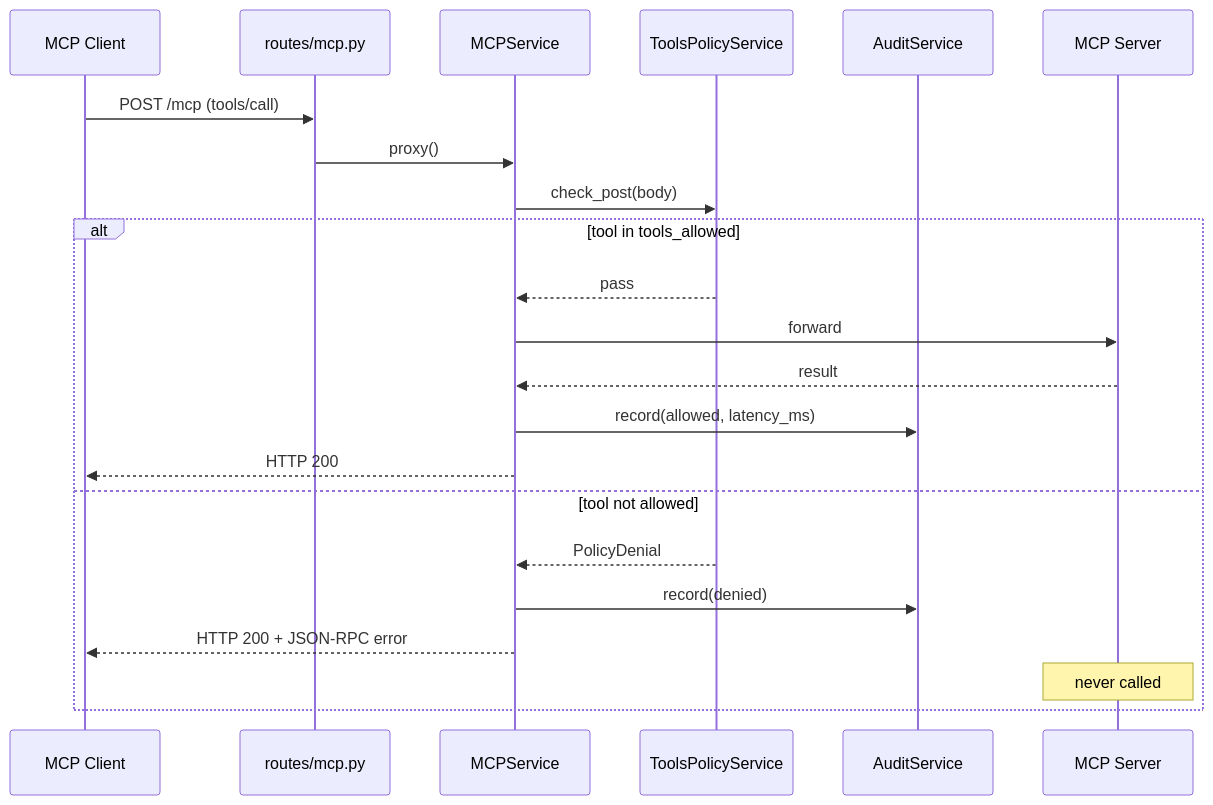
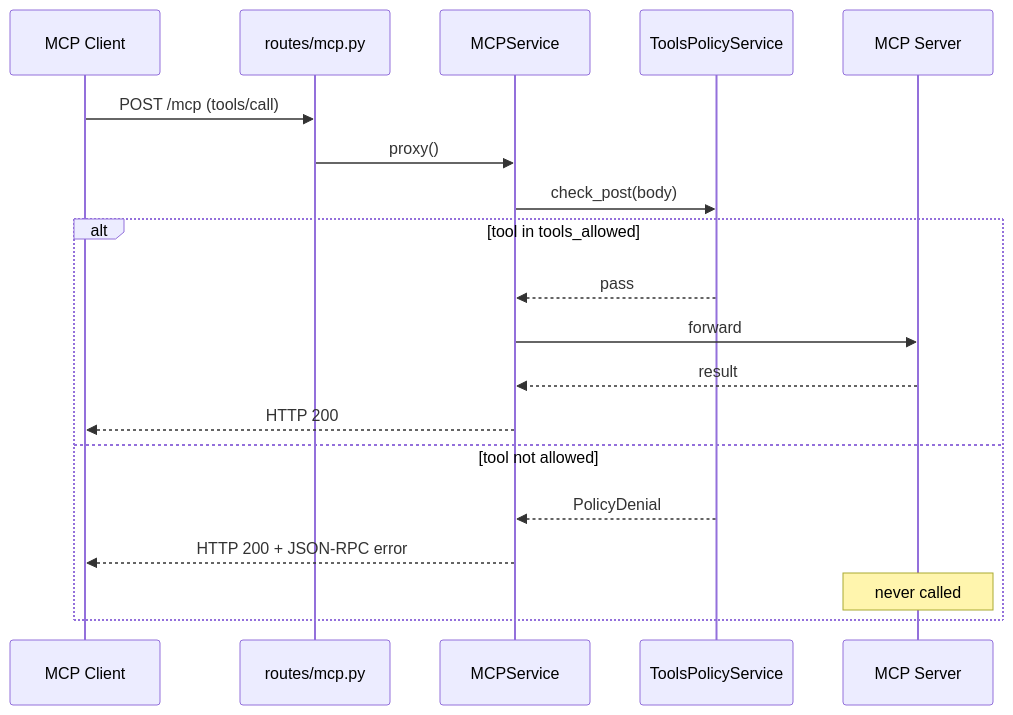
The first of 3 diagrams in DOCS.md (FabioDiCeglie/MCP-Gateway), drawn with Mermaid before and after one commit. The commit also changed other lines of this file, not shown here.

````diff
--- a/DOCS.md
+++ b/DOCS.md
@@ -62,26 +61,23 @@
 ```mermaid
 sequenceDiagram
     participant C as MCP Client
     participant R as routes/mcp.py
     participant P as MCPService
     participant T as ToolsPolicyService
-    participant A as AuditService
     participant S as MCP Server
 
     C->>R: POST /mcp (tools/call)
     R->>P: proxy()
     P->>T: check_post(body)
 
     alt tool in tools_allowed
         T-->>P: pass
         P->>S: forward
         S-->>P: result
-        P->>A: record(allowed, latency_ms)
         P-->>C: HTTP 200
     else tool not allowed
         T-->>P: PolicyDenial
-        P->>A: record(denied)
         P-->>C: HTTP 200 + JSON-RPC error
         Note over S: never called
     end
 ```
````
